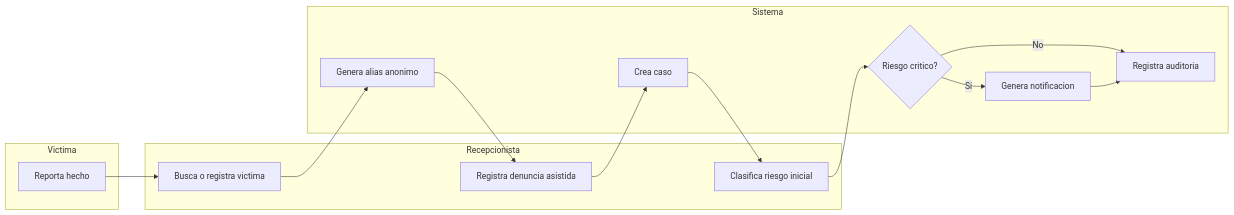
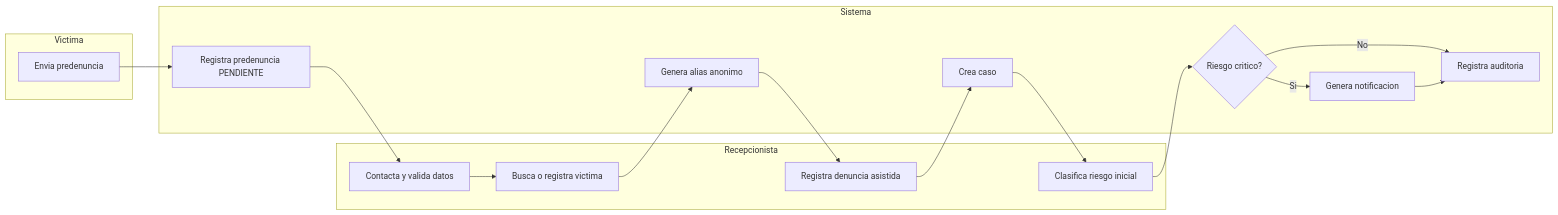
The second of 3 diagrams in docs/LOGICA_NEGOCIO.md (Espiritu16/safeZoneBackend), drawn with Mermaid before and after one commit. The commit also changed other lines of this file and 2 other files, not shown here.

Commit message:
ajuste logica predenuncia y sql incremental

````diff
--- a/docs/LOGICA_NEGOCIO.md
+++ b/docs/LOGICA_NEGOCIO.md
@@ -79,30 +88,34 @@
 ```mermaid
 flowchart LR
   subgraph V["Victima"]
-    V1["Reporta hecho"]
+    V1["Envia predenuncia"]
   end
 
   subgraph R["Recepcionista"]
-    R1["Busca o registra victima"]
-    R2["Registra denuncia asistida"]
-    R3["Clasifica riesgo inicial"]
+    R1["Contacta y valida datos"]
+    R2["Busca o registra victima"]
+    R3["Registra denuncia asistida"]
+    R4["Clasifica riesgo inicial"]
   end
 
   subgraph S["Sistema"]
-    S1["Genera alias anonimo"]
-    S2["Crea caso"]
-    S3{"Riesgo critico?"}
-    S4["Genera notificacion"]
-    S5["Registra auditoria"]
+    S1["Registra predenuncia PENDIENTE"]
+    S2["Genera alias anonimo"]
+    S3["Crea caso"]
+    S4{"Riesgo critico?"}
+    S5["Genera notificacion"]
+    S6["Registra auditoria"]
   end
 
-  V1 --> R1
-  R1 --> S1
-  S1 --> R2
+  V1 --> S1
+  S1 --> R1
+  R1 --> R2
   R2 --> S2
   S2 --> R3
   R3 --> S3
-  S3 -- Si --> S4
-  S3 -- No --> S5
-  S4 --> S5
+  S3 --> R4
+  R4 --> S4
+  S4 -- Si --> S5
+  S4 -- No --> S6
+  S5 --> S6
 ```
````
